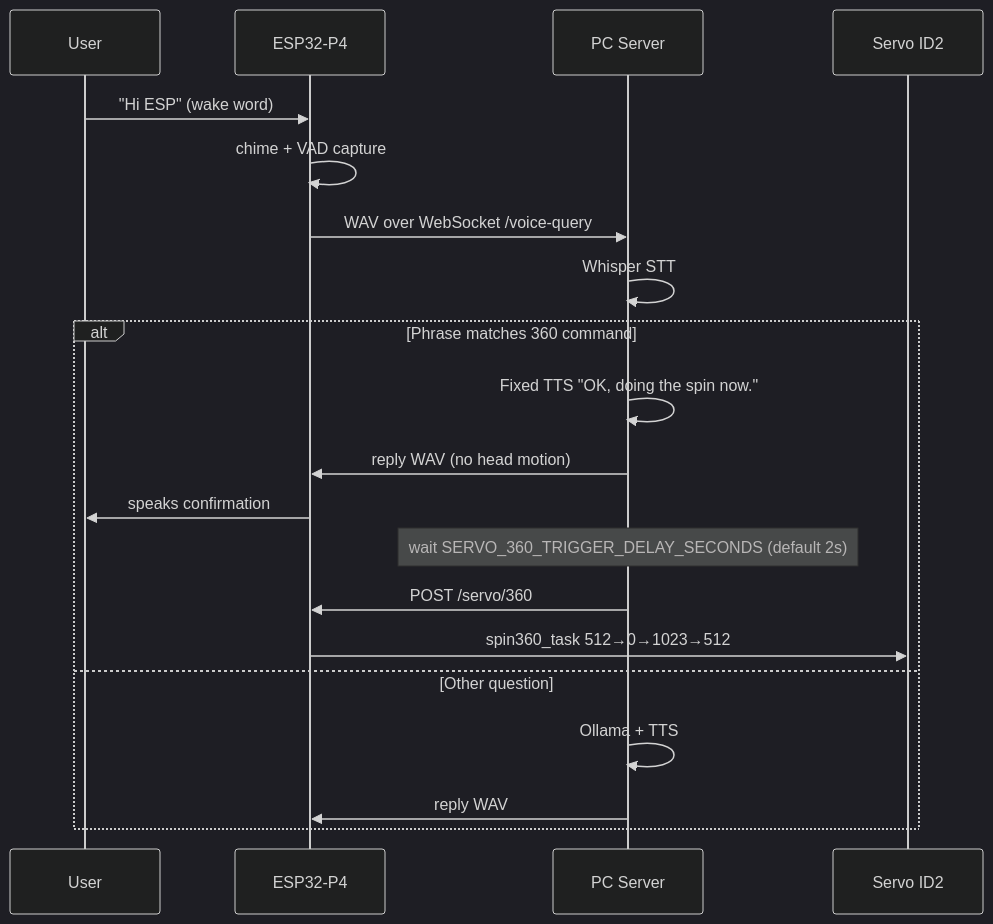
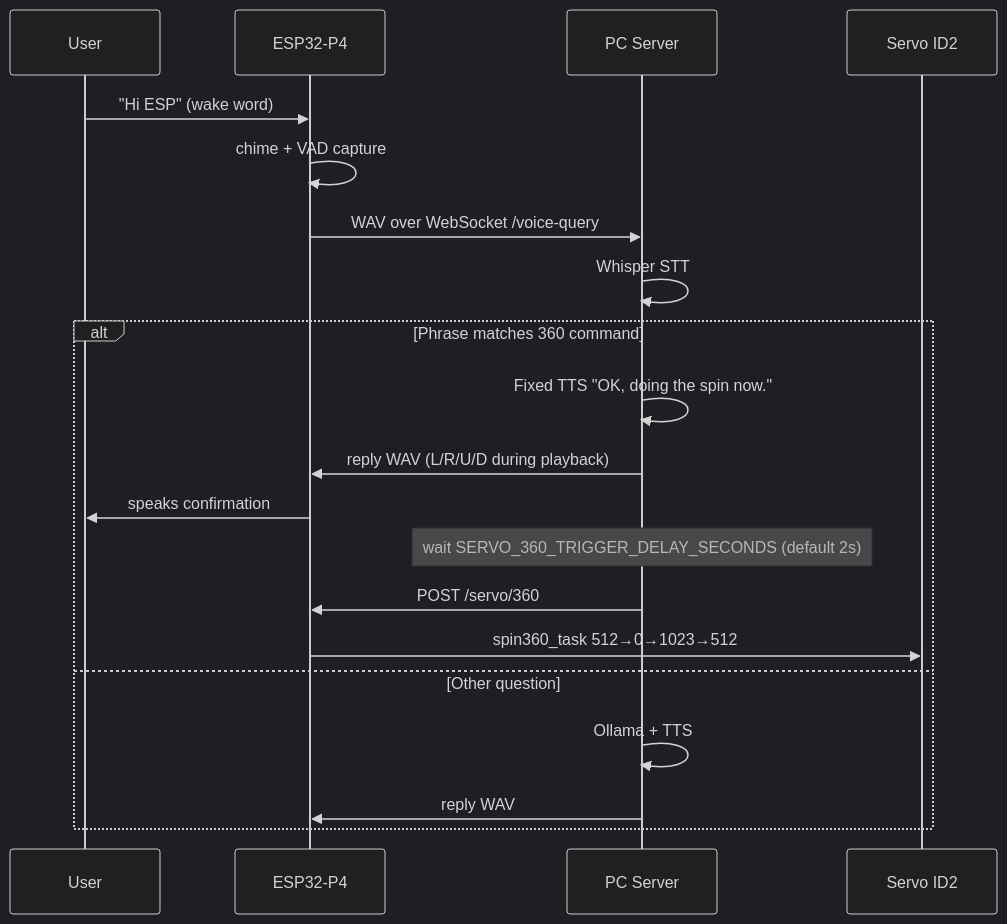
Before and after one commit to mmeghanamadhuri/NINO_HOME_Intelligent_mode_megha: the diagram in docs/SERVO.md, drawn with Mermaid (dark theme). The commit also changed other lines of this file and 3 other files, not shown here.

````diff
--- a/docs/SERVO.md
+++ b/docs/SERVO.md
@@ -75,23 +75,23 @@
 ```mermaid
 sequenceDiagram
     participant User
     participant ESP as ESP32-P4
     participant PC as PC Server
     participant Srv as Servo ID2
 
     User->>ESP: "Hi ESP" (wake word)
     ESP->>ESP: chime + VAD capture
     ESP->>PC: WAV over WebSocket /voice-query
     PC->>PC: Whisper STT
     alt Phrase matches 360 command
         PC->>PC: Fixed TTS "OK, doing the spin now."
-        PC->>ESP: reply WAV (no head motion)
+        PC->>ESP: reply WAV (L/R/U/D during playback)
         ESP->>User: speaks confirmation
         Note over PC: wait SERVO_360_TRIGGER_DELAY_SECONDS (default 2s)
         PC->>ESP: POST /servo/360
         ESP->>Srv: spin360_task 512→0→1023→512
     else Other question
         PC->>PC: Ollama + TTS
         PC->>ESP: reply WAV
     end
 ```
````
